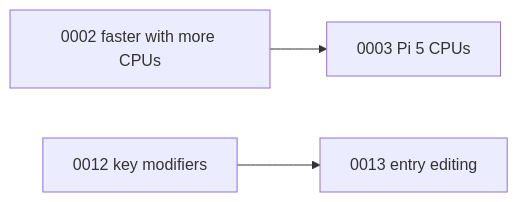
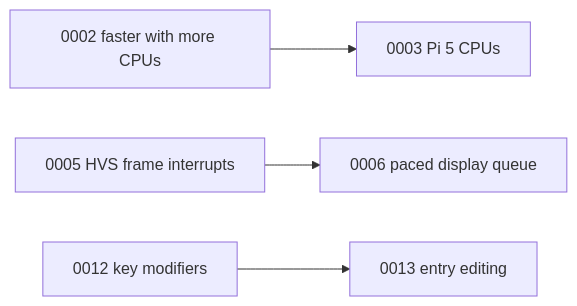
One commit to misleb/L0S changed the diagram in roadmap/INDEX.md. Above: the diagram before and after it, drawn with Mermaid. The commit also changed other lines of this file and 2 other files, not shown here.

First line of the commit message:
Write the steps of roadmap 0005 and 0006, and link them

````diff
--- a/roadmap/INDEX.md
+++ b/roadmap/INDEX.md
@@ -49,5 +50,6 @@
 ```mermaid
 graph LR
   0002[0002 faster with more CPUs] --> 0003[0003 Pi 5 CPUs]
+  0005[0005 HVS frame interrupts] --> 0006[0006 paced display queue]
   0012[0012 key modifiers] --> 0013[0013 entry editing]
 ```
````
